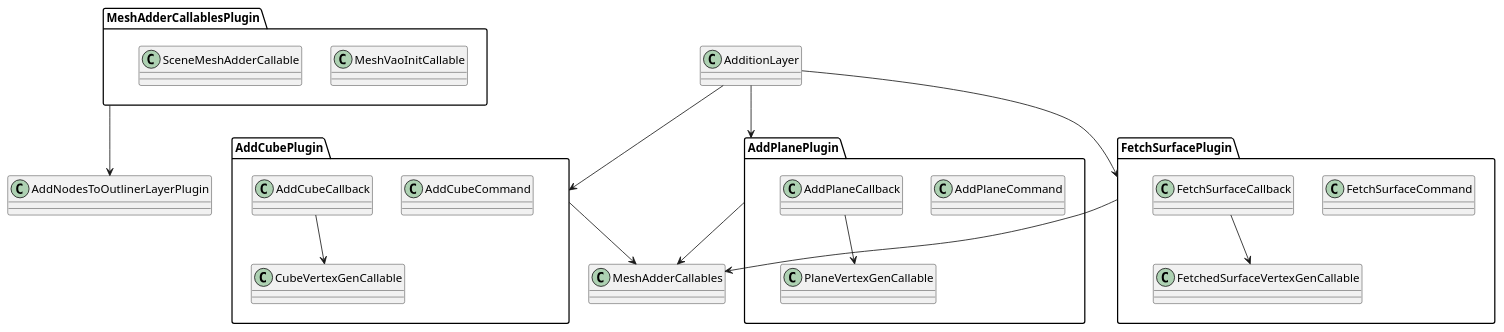
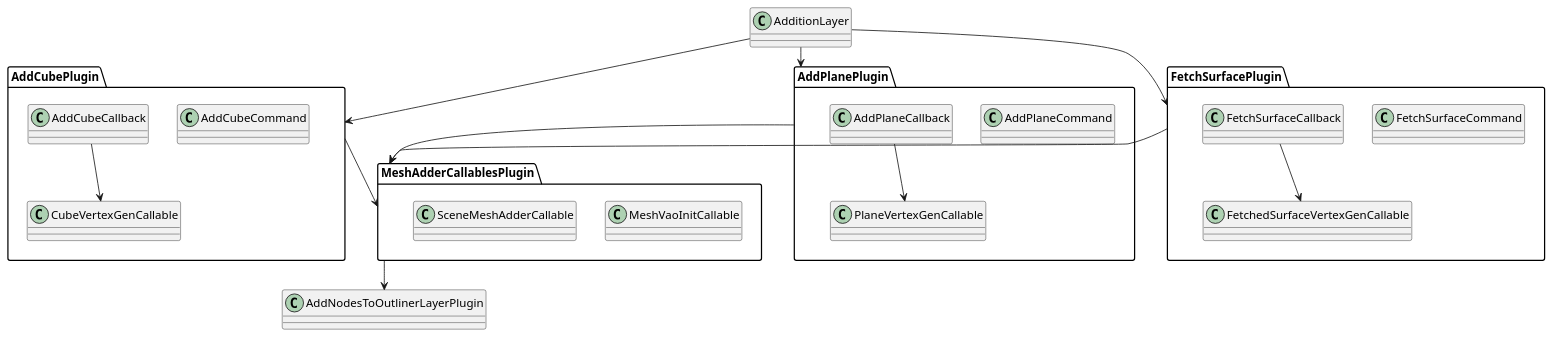
One commit to iomko/SurfaceEditor changed the diagram in docs/PluginDependencies/AdditionLayerDependencies.puml. Above: the diagram before and after it, drawn with PlantUML.

Commit message:
opravene uml aby addCube,AddPlane a FetchSurface zaviseli od meshadderCallables

```diff
--- a/docs/PluginDependencies/AdditionLayerDependencies.puml
+++ b/docs/PluginDependencies/AdditionLayerDependencies.puml
@@ -1,42 +1,42 @@
 @startuml AdditionLayerDependencies
 
 package "MeshAdderCallablesPlugin"{
     class MeshVaoInitCallable
     class SceneMeshAdderCallable
 }
 MeshAdderCallablesPlugin --> AddNodesToOutlinerLayerPlugin
 
 
 package "AddCubePlugin" {
     class AddCubeCommand
     class AddCubeCallback
     class CubeVertexGenCallable
 
     AddCubeCallback --> CubeVertexGenCallable      
 }
-AddCubePlugin --> MeshAdderCallables
+AddCubePlugin --> MeshAdderCallablesPlugin
 
 package "AddPlanePlugin" {
     class AddPlaneCommand
     class AddPlaneCallback
     class PlaneVertexGenCallable
 
     AddPlaneCallback --> PlaneVertexGenCallable
 }
-AddPlanePlugin --> MeshAdderCallables
+AddPlanePlugin --> MeshAdderCallablesPlugin
 
 package "FetchSurfacePlugin" {
     class FetchSurfaceCommand
     class FetchSurfaceCallback
     class FetchedSurfaceVertexGenCallable
 
     FetchSurfaceCallback --> FetchedSurfaceVertexGenCallable
 }
-FetchSurfacePlugin --> MeshAdderCallables
+FetchSurfacePlugin --> MeshAdderCallablesPlugin
 
 class AdditionLayer
 AdditionLayer --> AddCubePlugin
 AdditionLayer --> AddPlanePlugin
 AdditionLayer --> FetchSurfacePlugin
 
 @enduml
```
